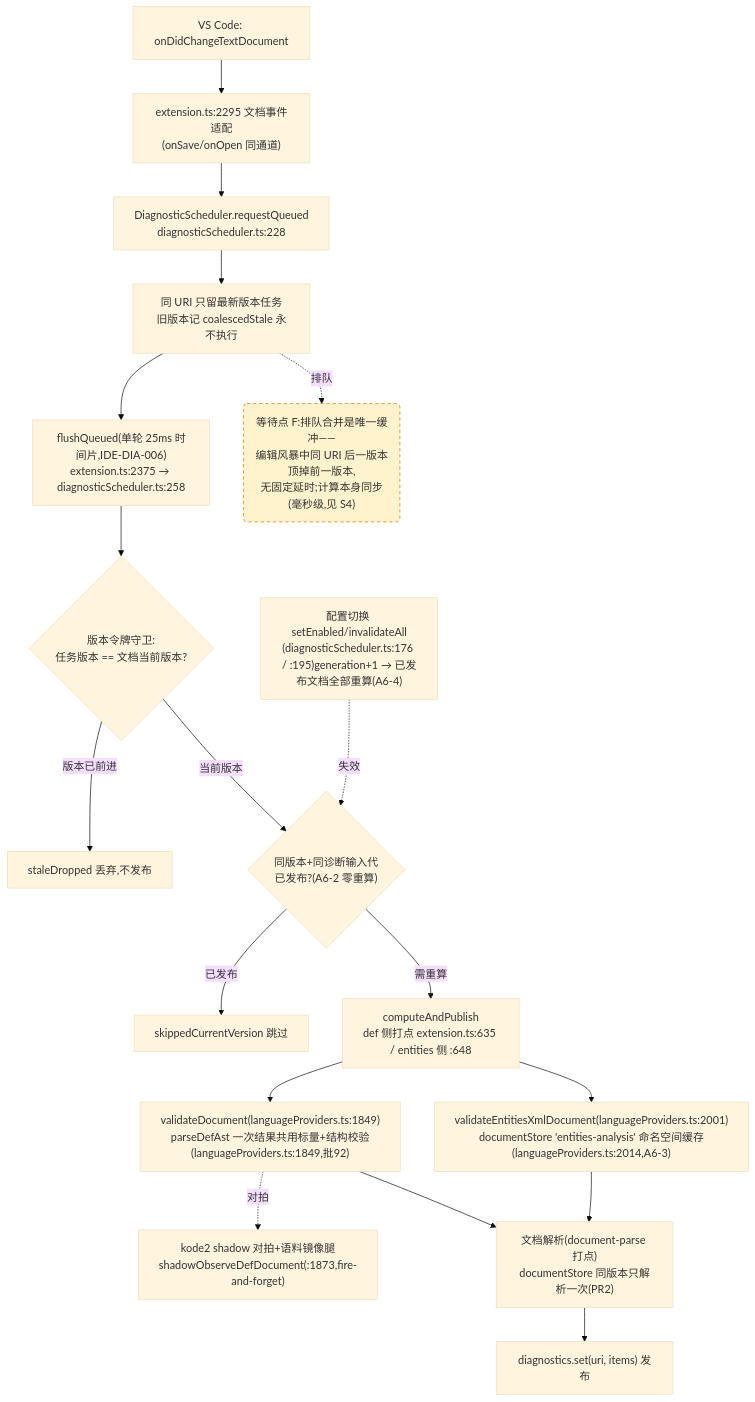
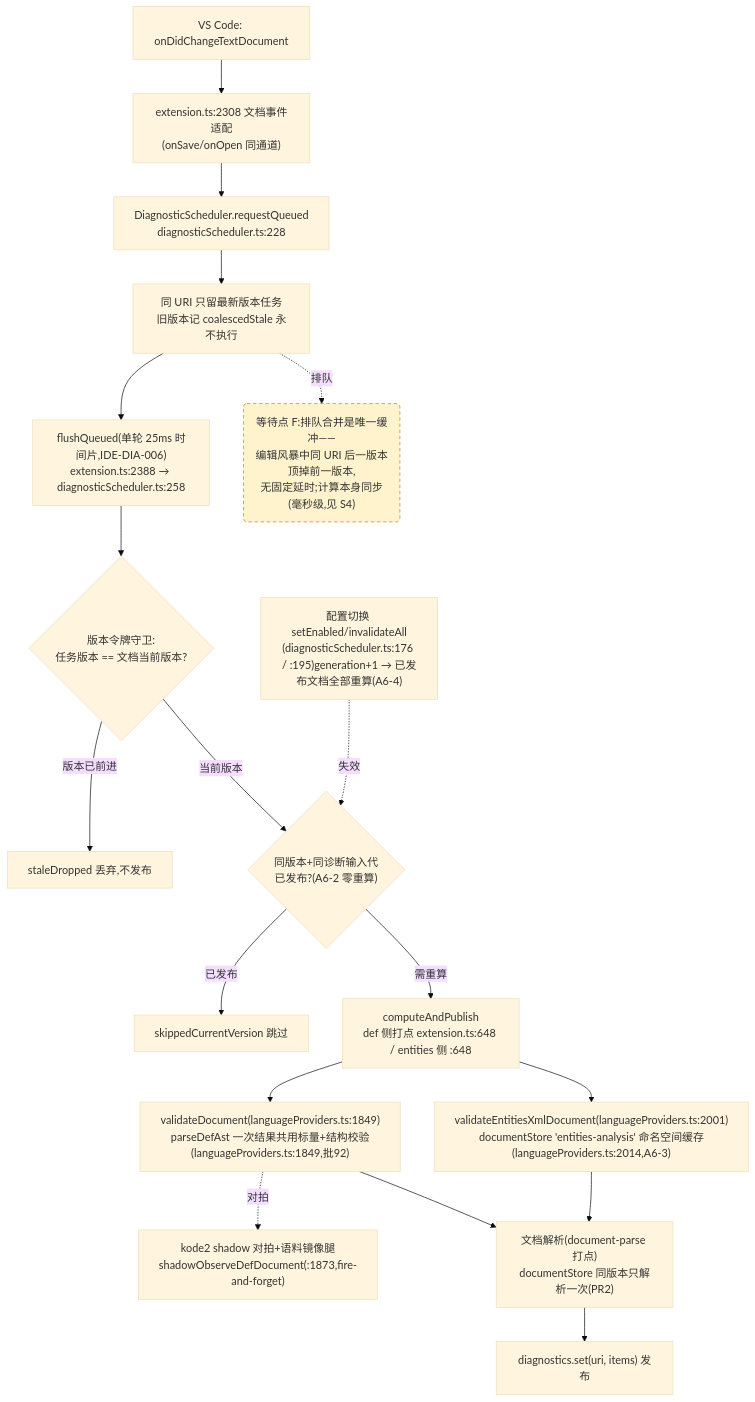
One commit to cuihairu/kode changed the fourth of 4 diagrams in docs/perf/2026-baseline.md. Above: the diagram before and after it, drawn with Mermaid (base theme). The commit also changed other lines of this file and 8 other files, not shown here.

````diff
--- a/docs/perf/2026-baseline.md
+++ b/docs/perf/2026-baseline.md
@@ -214,38 +214,38 @@
 ```mermaid
 flowchart TD
   CHG["VS Code: onDidChangeTextDocument"]
-  WATCH["extension.ts:2295 文档事件适配<br/>(onSave/onOpen 同通道)"]
+  WATCH["extension.ts:2308 文档事件适配<br/>(onSave/onOpen 同通道)"]
   RQ["DiagnosticScheduler.requestQueued<br/>diagnosticScheduler.ts:228"]
   CO["同 URI 只留最新版本任务<br/>旧版本记 coalescedStale 永不执行"]
-  FL["flushQueued(单轮 25ms 时间片,IDE-DIA-006)<br/>extension.ts:2375 → diagnosticScheduler.ts:258"]
+  FL["flushQueued(单轮 25ms 时间片,IDE-DIA-006)<br/>extension.ts:2388 → diagnosticScheduler.ts:258"]
   VG{"版本令牌守卫:<br/>任务版本 == 文档当前版本?"}
   DROP["staleDropped 丢弃,不发布"]
   GEN{"同版本+同诊断输入代<br/>已发布?(A6-2 零重算)"}
   SKIP["skippedCurrentVersion 跳过"]
-  CALC["computeAndPublish<br/>def 侧打点 extension.ts:635 / entities 侧 :648"]
+  CALC["computeAndPublish<br/>def 侧打点 extension.ts:648 / entities 侧 :648"]
   VD["validateDocument(languageProviders.ts:1849)<br/>parseDefAst 一次结果共用标量+结构校验(languageProviders.ts:1849,批92)"]
   VEX["validateEntitiesXmlDocument(languageProviders.ts:2001)<br/>documentStore 'entities-analysis' 命名空间缓存(languageProviders.ts:2014,A6-3)"]
   SHDD["kode2 shadow 对拍+语料镜像腿<br/>shadowObserveDefDocument(:1873,fire-and-forget)"]
   DS["文档解析(document-parse 打点)<br/>documentStore 同版本只解析一次(PR2)"]
   PUB["diagnostics.set(uri, items) 发布"]
   CFG2["配置切换 setEnabled/invalidateAll<br/>(diagnosticScheduler.ts:176 / :195)generation+1 → 已发布文档全部重算(A6-4)"]
 
   CHG --> WATCH --> RQ --> CO --> FL --> VG
   VG -- "版本已前进" --> DROP
   VG -- "当前版本" --> GEN
   GEN -- "已发布" --> SKIP
   GEN -- "需重算" --> CALC
   CALC --> VD
   CALC --> VEX
   VD --> DS
   VEX --> DS
   DS --> PUB
   VD -.->|对拍| SHDD
   CFG2 -.->|失效| GEN
 
   WAITF("等待点 F:排队合并是唯一缓冲——<br/>编辑风暴中同 URI 后一版本顶掉前一版本,<br/>无固定延时;计算本身同步(毫秒级,见 S4)")
   CO -.->|排队| WAITF
 
   classDef waitPoint fill:#fff3cd,stroke:#d97706,stroke-dasharray:5 4;
   class WAITF waitPoint;
 ```
````
